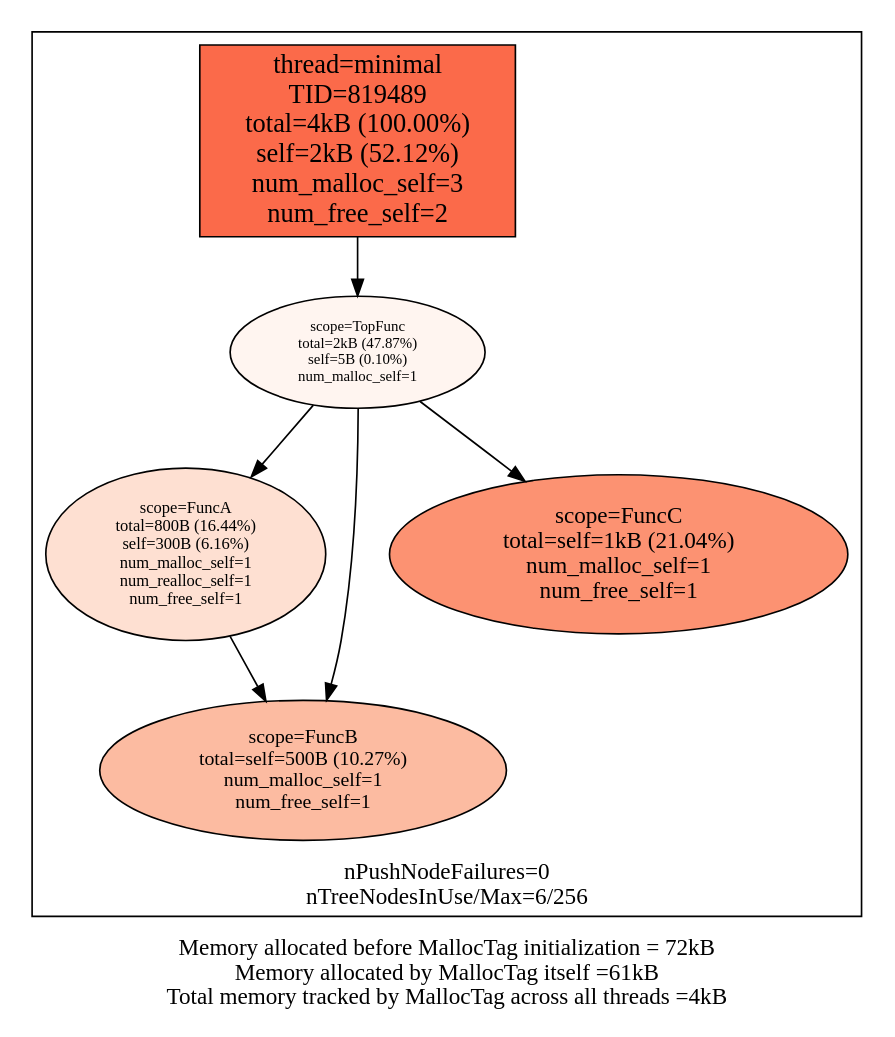
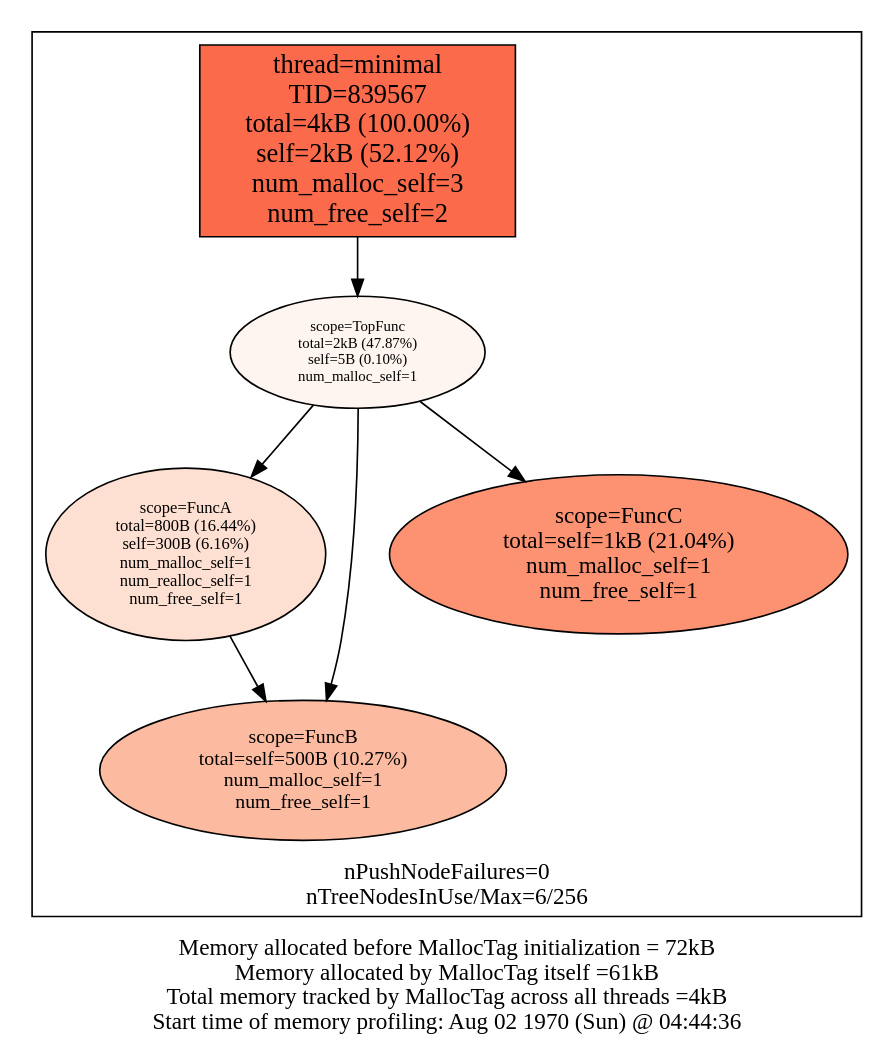
One commit to f18m/malloc-tag changed the diagram in examples/minimal/minimal_stats.dot. Above: the diagram before and after it, drawn with Graphviz. The commit also changed 11 other files, not shown here.

Commit message:
Add profiling start timestamp

```diff
--- a/examples/minimal/minimal_stats.dot
+++ b/examples/minimal/minimal_stats.dot
@@ -1,22 +1,22 @@
 digraph MallocTree {
-node [colorscheme=reds9 style=filled]
-subgraph cluster_TID819489 {
-node [colorscheme=reds9 style=filled]
-labelloc="b"
-label="nPushNodeFailures=0\nnTreeNodesInUse/Max=6/256\n"
-"819489_minimal" [label="thread=minimal\nTID=819489\ntotal=4kB (100.00%)\nself=2kB (52.12%)\nnum_malloc_self=3\nnum_free_self=2" shape=box fillcolor=5 fontsize=16]
-"819489_minimal" -> "819489_TopFunc"
-"819489_TopFunc" [label="scope=TopFunc\ntotal=2kB (47.87%)\nself=5B (0.10%)\nnum_malloc_self=1" fillcolor=1 fontsize=9]
-"819489_TopFunc" -> "819489_FuncA"
-"819489_TopFunc" -> "819489_FuncB"
-"819489_TopFunc" -> "819489_FuncC"
-"819489_FuncA" [label="scope=FuncA\ntotal=800B (16.44%)\nself=300B (6.16%)\nnum_malloc_self=1\nnum_realloc_self=1\nnum_free_self=1" fillcolor=2 fontsize=10]
-"819489_FuncA" -> "819489_FuncB"
-"819489_FuncB" [label="scope=FuncB\ntotal=self=500B (10.27%)\nnum_malloc_self=1\nnum_free_self=1" fillcolor=3 fontsize=12]
-"819489_FuncB" [label="scope=FuncB\ntotal=self=500B (10.27%)\nnum_malloc_self=1\nnum_free_self=1" fillcolor=3 fontsize=12]
-"819489_FuncC" [label="scope=FuncC\ntotal=self=1kB (21.04%)\nnum_malloc_self=1\nnum_free_self=1" fillcolor=4 fontsize=14]
+ node [colorscheme=reds9 style=filled]
+ subgraph cluster_TID839567 {
+  node [colorscheme=reds9 style=filled]
+  labelloc="b"
+  label="nPushNodeFailures=0\nnTreeNodesInUse/Max=6/256\n"
+  "839567_minimal" [label="thread=minimal\nTID=839567\ntotal=4kB (100.00%)\nself=2kB (52.12%)\nnum_malloc_self=3\nnum_free_self=2" shape=box fillcolor=5 fontsize=16]
+  "839567_minimal" -> "839567_TopFunc"
+  "839567_TopFunc" [label="scope=TopFunc\ntotal=2kB (47.87%)\nself=5B (0.10%)\nnum_malloc_self=1" fillcolor=1 fontsize=9]
+  "839567_TopFunc" -> "839567_FuncA"
+  "839567_TopFunc" -> "839567_FuncB"
+  "839567_TopFunc" -> "839567_FuncC"
+  "839567_FuncA" [label="scope=FuncA\ntotal=800B (16.44%)\nself=300B (6.16%)\nnum_malloc_self=1\nnum_realloc_self=1\nnum_free_self=1" fillcolor=2 fontsize=10]
+  "839567_FuncA" -> "839567_FuncB"
+  "839567_FuncB" [label="scope=FuncB\ntotal=self=500B (10.27%)\nnum_malloc_self=1\nnum_free_self=1" fillcolor=3 fontsize=12]
+  "839567_FuncB" [label="scope=FuncB\ntotal=self=500B (10.27%)\nnum_malloc_self=1\nnum_free_self=1" fillcolor=3 fontsize=12]
+  "839567_FuncC" [label="scope=FuncC\ntotal=self=1kB (21.04%)\nnum_malloc_self=1\nnum_free_self=1" fillcolor=4 fontsize=14]
+ }
+
+ labelloc="b"
+ label="Memory allocated before MallocTag initialization = 72kB\nMemory allocated by MallocTag itself =61kB\nTotal memory tracked by MallocTag across all threads =4kB\nStart time of memory profiling: Aug 02 1970 (Sun) @ 04:44:36\n"
 }
-
-labelloc="b"
-label="Memory allocated before MallocTag initialization = 72kB\nMemory allocated by MallocTag itself =61kB\nTotal memory tracked by MallocTag across all threads =4kB\n"
-}
```
